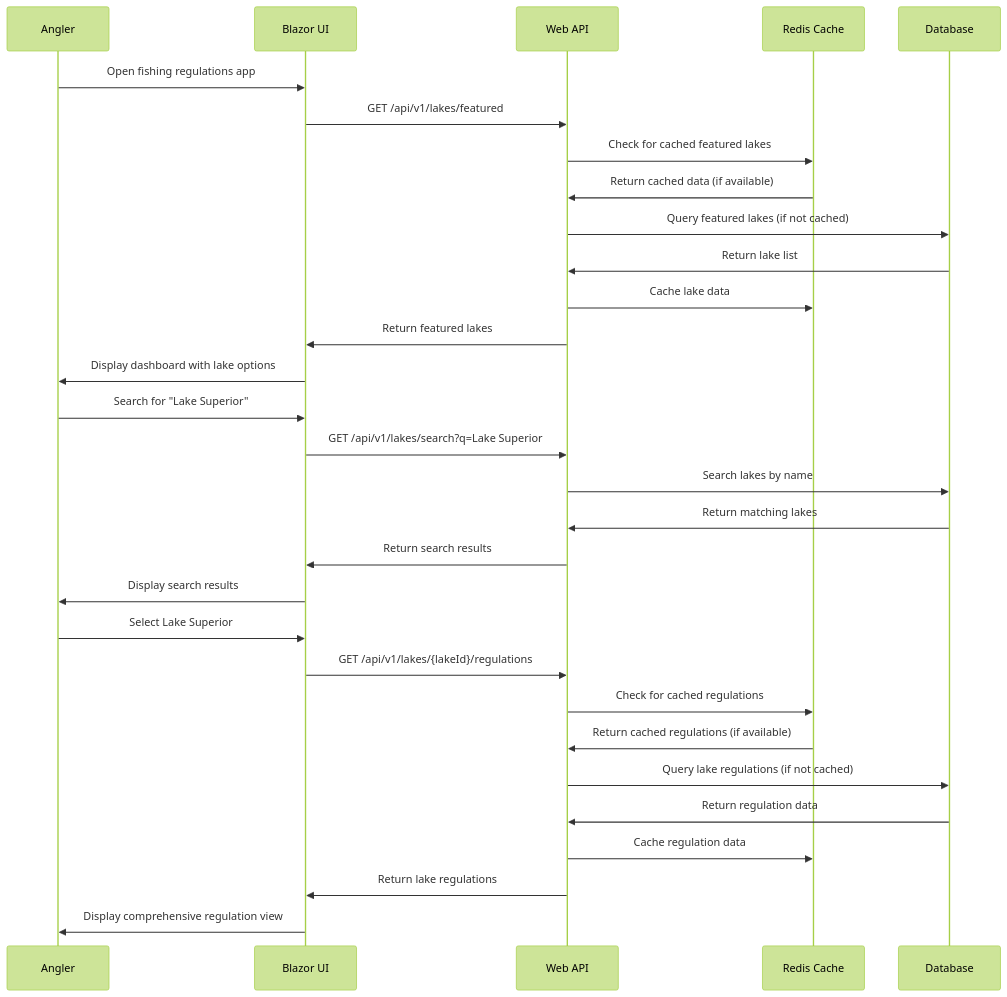
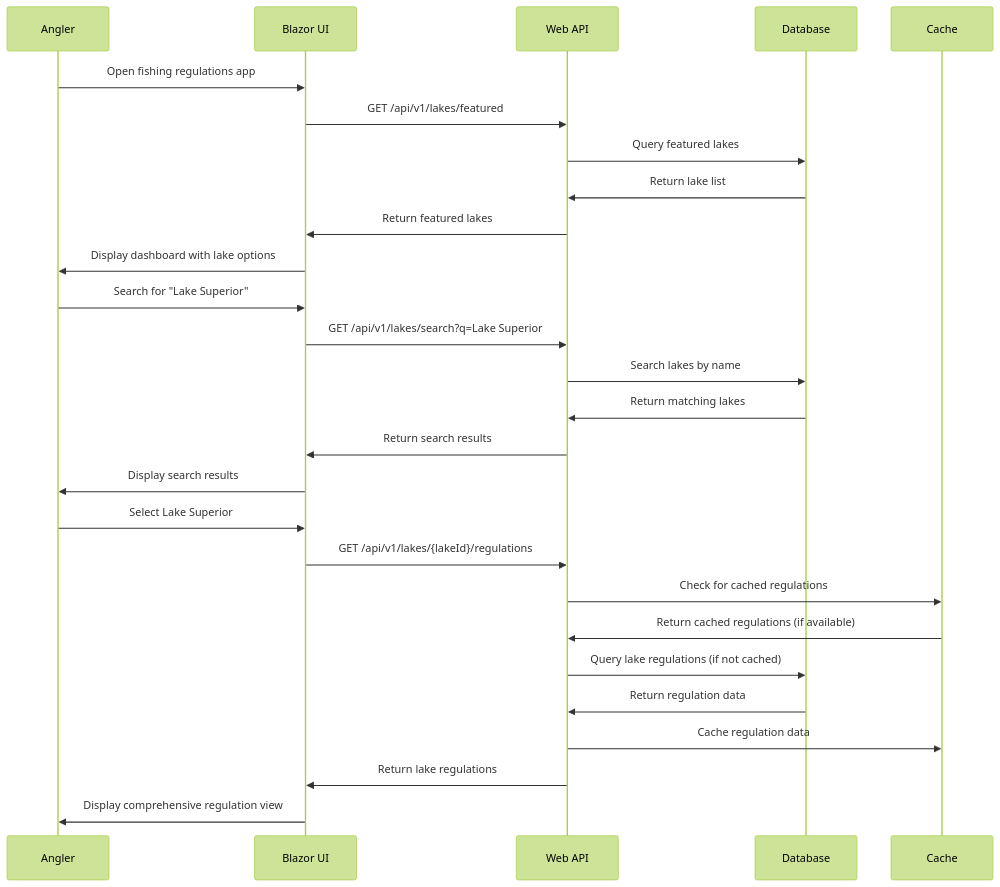
The sixth of 13 diagrams in docs/Process-Flow-Documentation.md (rockfordlhotka/BlazorFishingRegs), drawn with Mermaid (forest theme) before and after one commit. The commit also changed other lines of this file and 26 other files, not shown here.

````diff
--- a/docs/Process-Flow-Documentation.md
+++ b/docs/Process-Flow-Documentation.md
@@ -137,35 +136,31 @@
 ```mermaid
 sequenceDiagram
     participant User as Angler
     participant UI as Blazor UI
     participant API as Web API
-    participant Cache as Redis Cache
     participant DB as Database
 
     User->>UI: Open fishing regulations app
     UI->>API: GET /api/v1/lakes/featured
-    API->>Cache: Check for cached featured lakes
-    Cache->>API: Return cached data (if available)
-    API->>DB: Query featured lakes (if not cached)
+    API->>DB: Query featured lakes
     DB->>API: Return lake list
-    API->>Cache: Cache lake data
     API->>UI: Return featured lakes
     UI->>User: Display dashboard with lake options
 
     User->>UI: Search for "Lake Superior"
     UI->>API: GET /api/v1/lakes/search?q=Lake Superior
     API->>DB: Search lakes by name
     DB->>API: Return matching lakes
     API->>UI: Return search results
     UI->>User: Display search results
 
     User->>UI: Select Lake Superior
     UI->>API: GET /api/v1/lakes/{lakeId}/regulations
     API->>Cache: Check for cached regulations
     Cache->>API: Return cached regulations (if available)
     API->>DB: Query lake regulations (if not cached)
     DB->>API: Return regulation data
     API->>Cache: Cache regulation data
     API->>UI: Return lake regulations
     UI->>User: Display comprehensive regulation view
 ```
````
